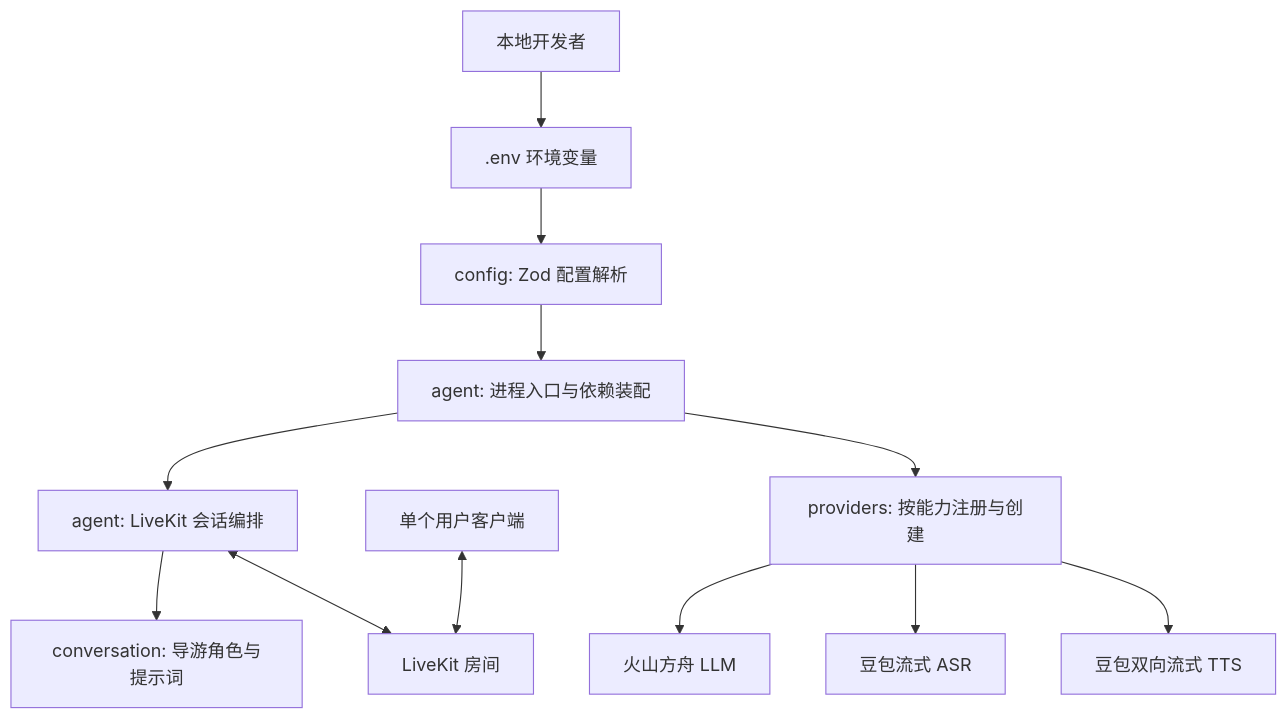
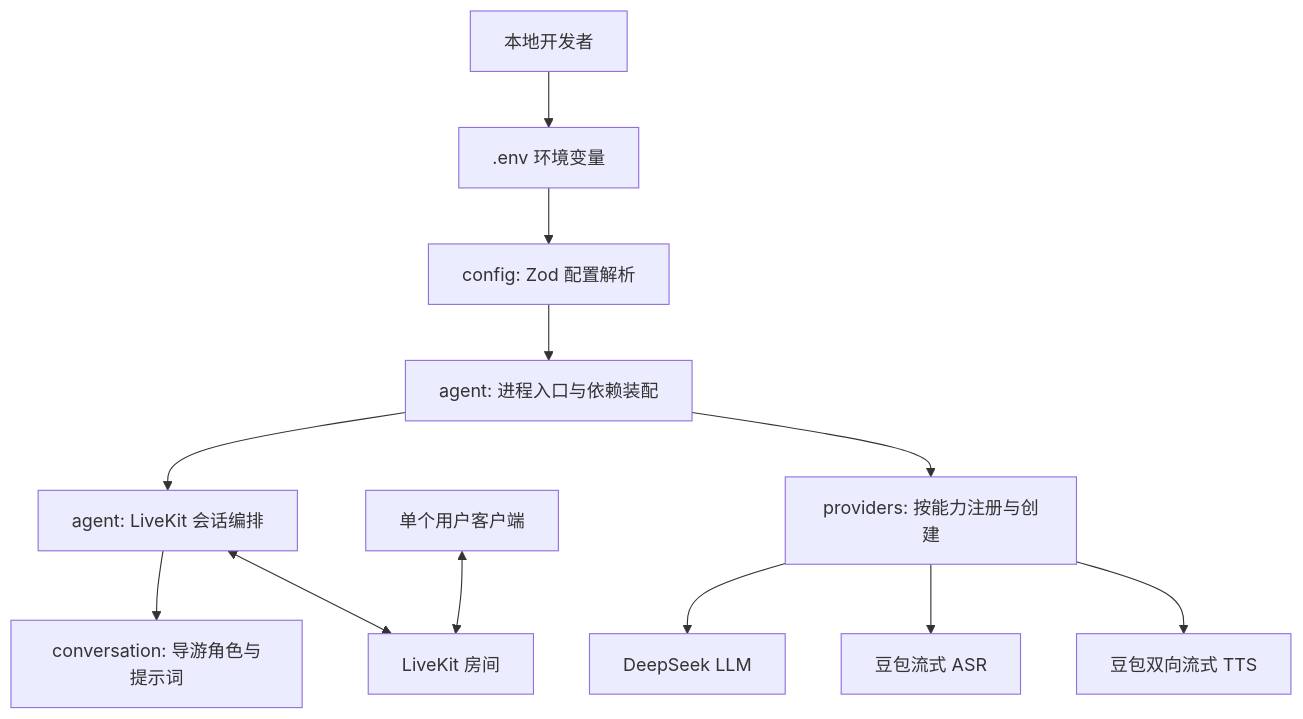
The first of 2 diagrams in docs/architecture/overview.md (QAyong/msfs-ai-voice-guide), drawn with Mermaid before and after one commit. The commit also changed other lines of this file and 14 other files, not shown here.

````diff
--- a/docs/architecture/overview.md
+++ b/docs/architecture/overview.md
@@ -14,14 +14,14 @@
 ```mermaid
 graph TD
     Dev[本地开发者] --> Env[.env 环境变量]
     Env --> Config[config: Zod 配置解析]
     Config --> Bootstrap[agent: 进程入口与依赖装配]
     Bootstrap --> Session[agent: LiveKit 会话编排]
     Bootstrap --> Providers[providers: 按能力注册与创建]
     Session --> Guide[conversation: 导游角色与提示词]
-    Providers --> LLM[火山方舟 LLM]
+    Providers --> LLM[DeepSeek LLM]
     Providers --> STT[豆包流式 ASR]
     Providers --> TTS[豆包双向流式 TTS]
     Session <--> Room[LiveKit 房间]
     User[单个用户客户端] <--> Room
 ```
````
